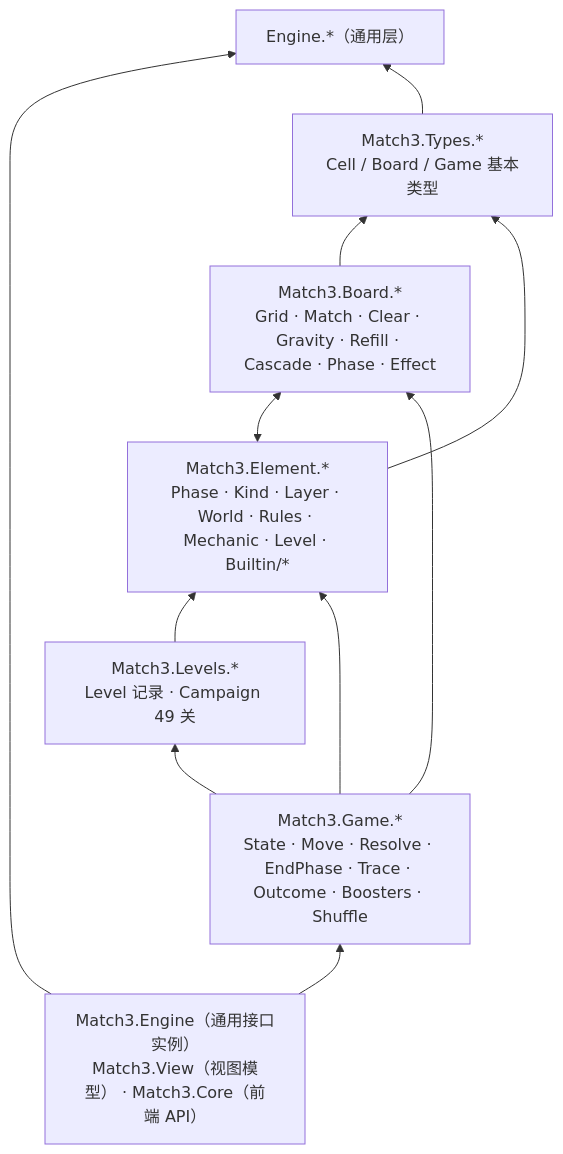
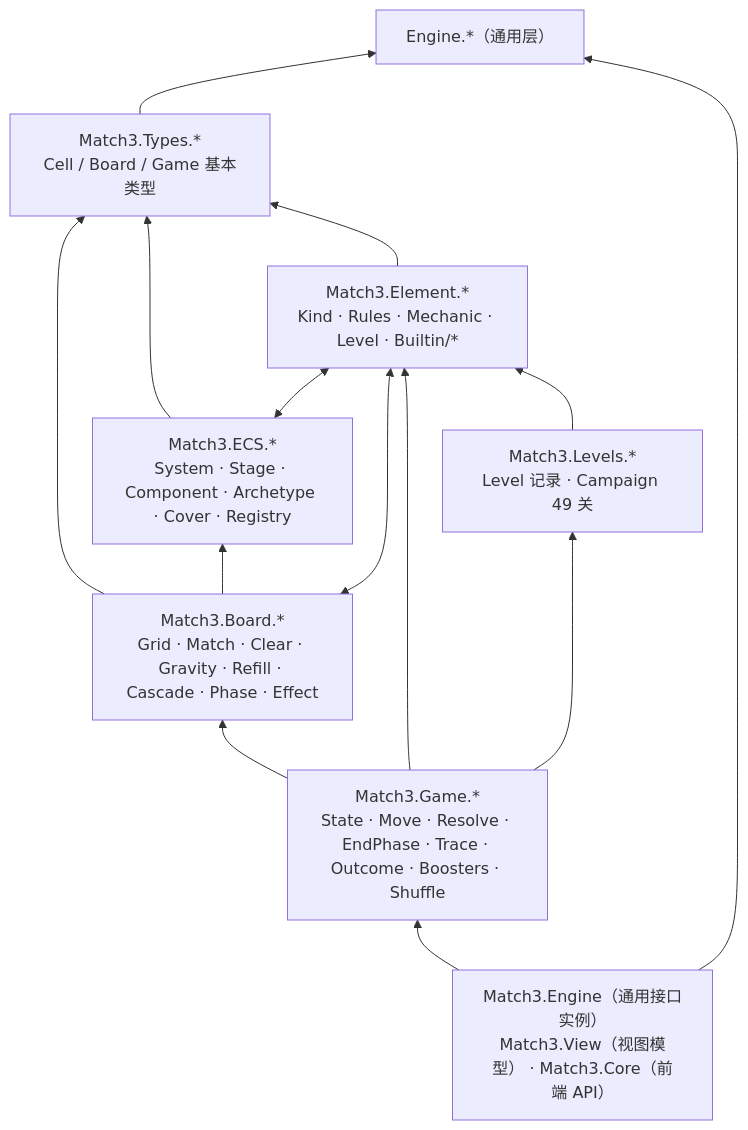
One commit to exsabersac/match3 changed the second of 2 diagrams in docs/guide/01-总览与阅读路线.md. Above: the diagram before and after it, drawn with Mermaid. The commit also changed other lines of this file and 8 other files, not shown here.

Commit message:
WIP ecs-7: docs/guide 按 ECS 重写（04 元素框架、02 §7、03 步尾、09 术语、01 模块图）、08 演进史阶段 15、测试数 473

````diff
--- a/docs/guide/01-总览与阅读路线.md
+++ b/docs/guide/01-总览与阅读路线.md
@@ -91,20 +92,24 @@
 ```mermaid
 flowchart BT
   T["Match3.Types.*<br/>Cell / Board / Game 基本类型"]
   B["Match3.Board.*<br/>Grid · Match · Clear · Gravity · Refill · Cascade · Phase · Effect"]
-  E["Match3.Element.*<br/>Phase · Kind · Layer · World · Rules · Mechanic · Level · Builtin/*"]
+  X["Match3.ECS.*<br/>System · Stage · Component · Archetype · Cover · Registry"]
+  E["Match3.Element.*<br/>Kind · Rules · Mechanic · Level · Builtin/*"]
   L["Match3.Levels.*<br/>Level 记录 · Campaign 49 关"]
   G["Match3.Game.*<br/>State · Move · Resolve · EndPhase · Trace · Outcome · Boosters · Shuffle"]
   Top["Match3.Engine（通用接口实例）<br/>Match3.View（视图模型） · Match3.Core（前端 API）"]
   Eng["Engine.*（通用层）"]
   B --> T
   E --> T
   E <--> B
+  X --> T
+  X <--> E
+  B --> X
   L --> E
   G --> B
   G --> E
   G --> L
   Top --> G
   Top --> Eng
   T --> Eng
 ```
````
